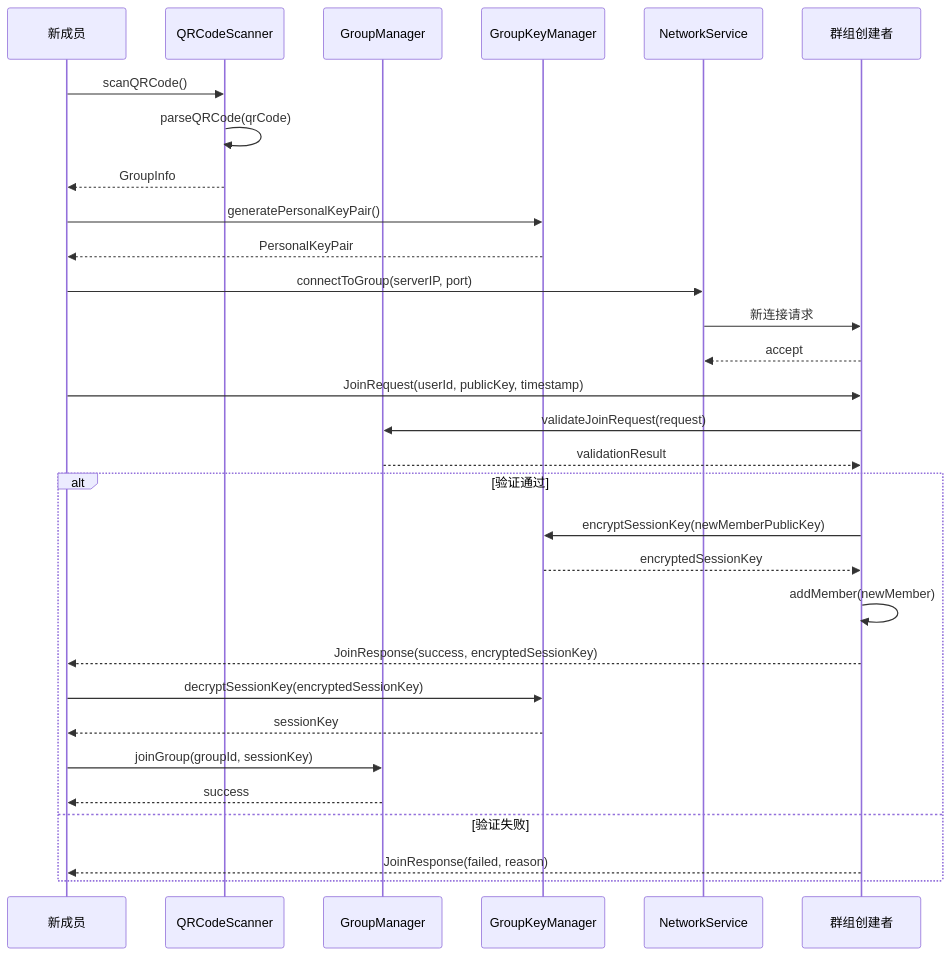
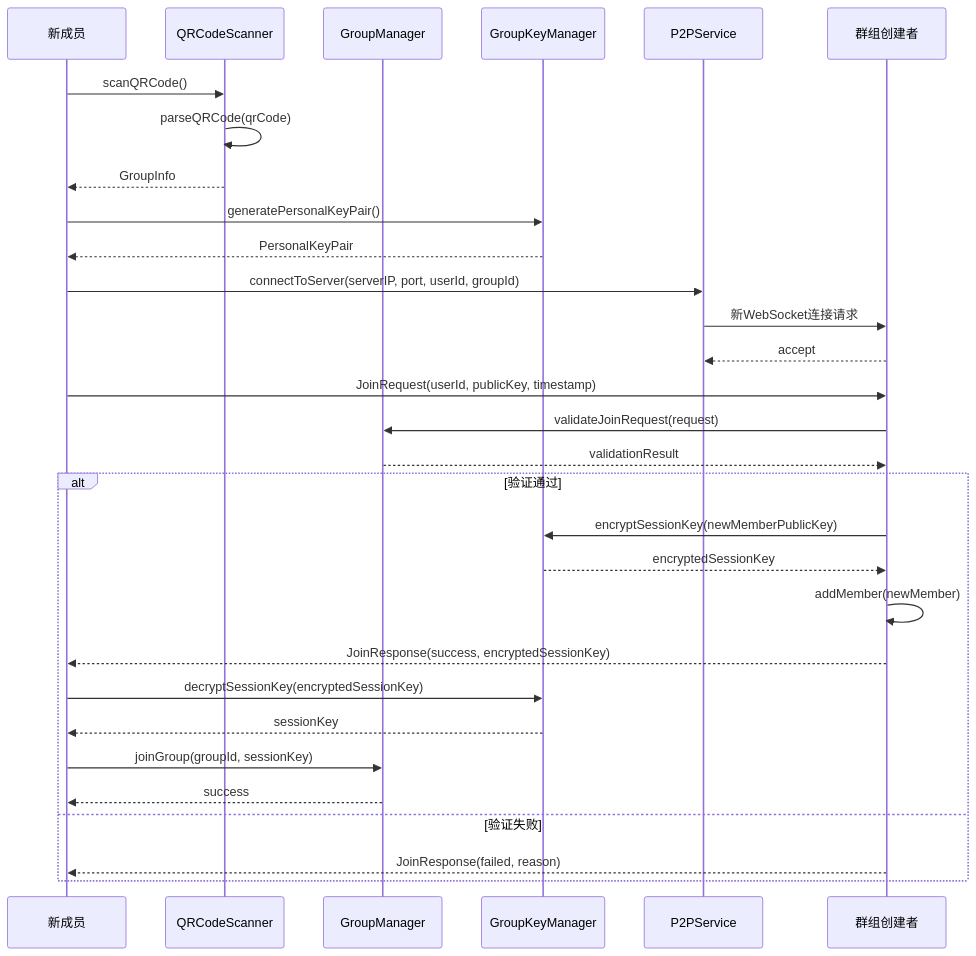
One commit to JOHNKING123/MyTestApp changed the third of 4 diagrams in 模块设计文档/01-群组管理模块详细设计.md. Above: the diagram before and after it, drawn with Mermaid. The commit also changed other lines of this file and 9 other files, not shown here.

````diff
--- a/模块设计文档/01-群组管理模块详细设计.md
+++ b/模块设计文档/01-群组管理模块详细设计.md
@@ -267,40 +354,40 @@
 ```mermaid
 sequenceDiagram
     participant NM as 新成员
     participant QR as QRCodeScanner
     participant GM as GroupManager
     participant GK as GroupKeyManager
-    participant NS as NetworkService
+    participant PS as P2PService
     participant OM as 群组创建者
     
     NM->>QR: scanQRCode()
     QR->>QR: parseQRCode(qrCode)
     QR-->>NM: GroupInfo
     
     NM->>GK: generatePersonalKeyPair()
     GK-->>NM: PersonalKeyPair
     
-    NM->>NS: connectToGroup(serverIP, port)
-    NS->>OM: 新连接请求
-    OM-->>NS: accept
+    NM->>PS: connectToServer(serverIP, port, userId, groupId)
+    PS->>OM: 新WebSocket连接请求
+    OM-->>PS: accept
     
     NM->>OM: JoinRequest(userId, publicKey, timestamp)
     OM->>GM: validateJoinRequest(request)
     GM-->>OM: validationResult
     
     alt 验证通过
         OM->>GK: encryptSessionKey(newMemberPublicKey)
         GK-->>OM: encryptedSessionKey
         
         OM->>OM: addMember(newMember)
         OM-->>NM: JoinResponse(success, encryptedSessionKey)
         
         NM->>GK: decryptSessionKey(encryptedSessionKey)
         GK-->>NM: sessionKey
         
         NM->>GM: joinGroup(groupId, sessionKey)
         GM-->>NM: success
     else 验证失败
         OM-->>NM: JoinResponse(failed, reason)
     end
 ```
````
